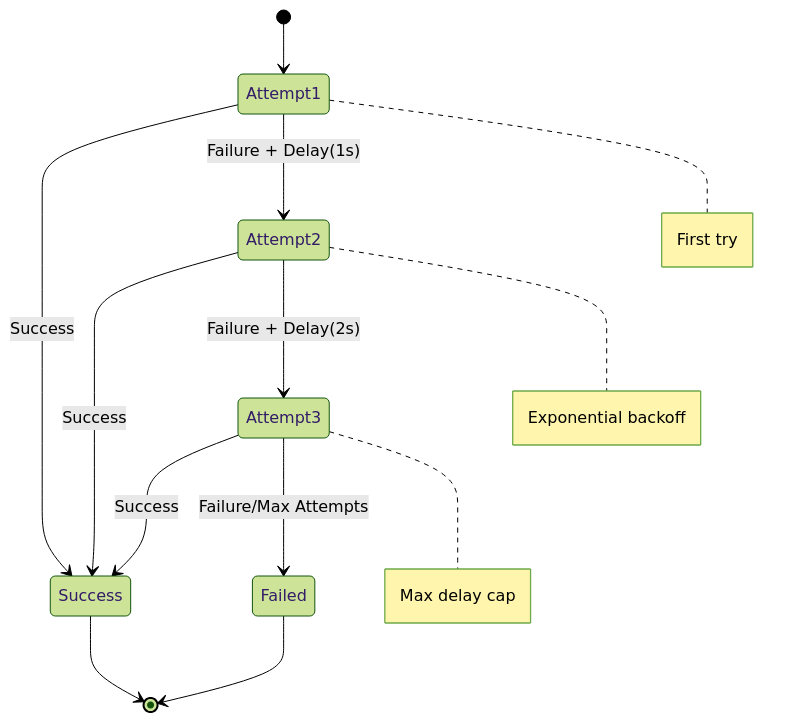
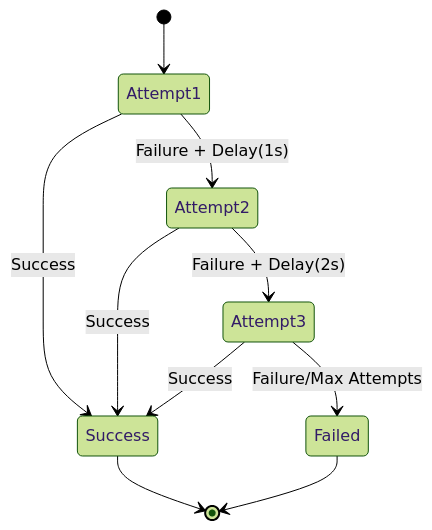
Before and after one commit to codevalley/ever: the fourth of 5 diagrams in docs/guides/reactive-architecture.md, drawn with Mermaid (forest theme). The commit also changed other lines of this file and 25 other files, not shown here.

````diff
--- a/docs/guides/reactive-architecture.md
+++ b/docs/guides/reactive-architecture.md
@@ -128,16 +101,12 @@
 ```mermaid
 stateDiagram-v2
     [*] --> Attempt1
     Attempt1 --> Success: Success
     Attempt1 --> Attempt2: Failure + Delay(1s)
     Attempt2 --> Success: Success
     Attempt2 --> Attempt3: Failure + Delay(2s)
     Attempt3 --> Success: Success
     Attempt3 --> Failed: Failure/Max Attempts
     Success --> [*]
     Failed --> [*]
-    
-    note right of Attempt1: First try
-    note right of Attempt2: Exponential backoff
-    note right of Attempt3: Max delay cap
 ```
````
